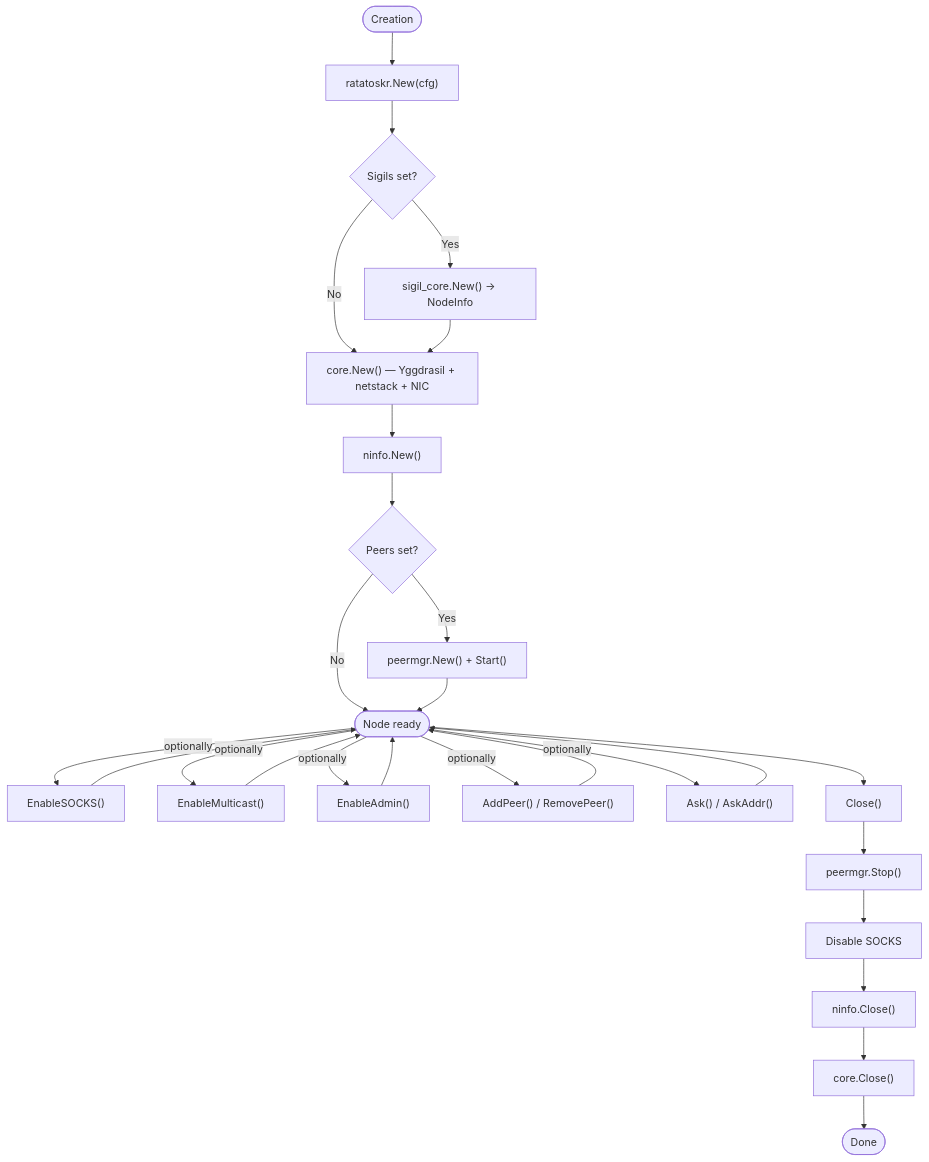
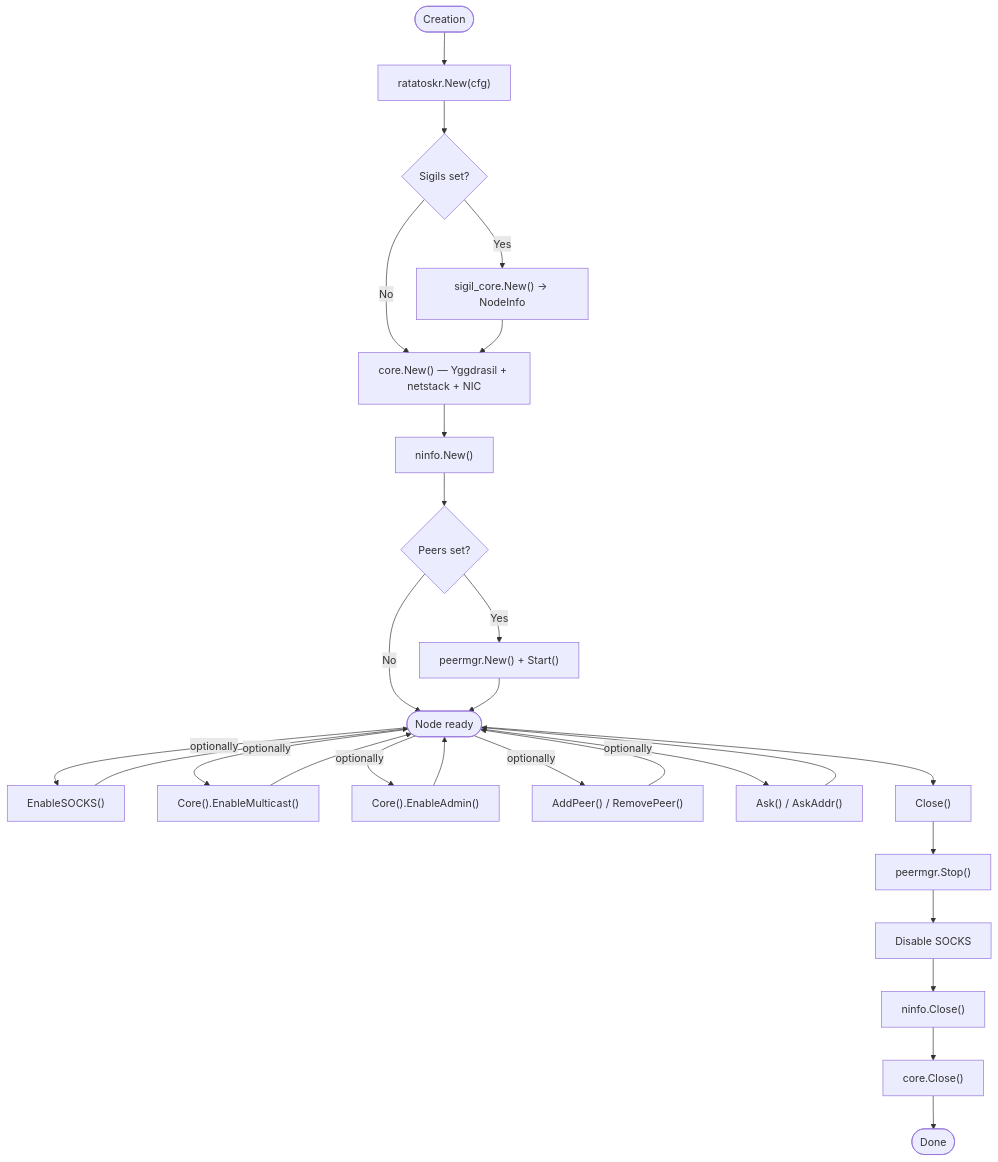
One commit to voluminor/ratatoskr changed the sixth of 6 diagrams in README.md. Above: the diagram before and after it, drawn with Mermaid. The commit also changed other lines of this file and 52 other files, not shown here.

````diff
--- a/README.md
+++ b/README.md
@@ -492,29 +494,29 @@
 ```mermaid
 flowchart TD
   START([Creation]) --> NEW["ratatoskr.New(cfg)"]
   NEW --> SG{Sigils set?}
   SG -->|Yes| SC["sigil_core.New() → NodeInfo"]
   SG -->|No| CORE
   SC --> CORE["core.New() — Yggdrasil + netstack + NIC"]
   CORE --> NI["ninfo.New()"]
   NI --> PM{Peers set?}
   PM -->|Yes| PMSTART["peermgr.New() + Start()"]
   PM -->|No| READY
   PMSTART --> READY([Node ready])
   READY -->|optionally| SOCKS["EnableSOCKS()"]
-  READY -->|optionally| MC["EnableMulticast()"]
-  READY -->|optionally| ADM["EnableAdmin()"]
+  READY -->|optionally| MC["Core().EnableMulticast()"]
+  READY -->|optionally| ADM["Core().EnableAdmin()"]
   READY -->|optionally| PEERS["AddPeer() / RemovePeer()"]
   READY -->|optionally| ASK["Ask() / AskAddr()"]
   SOCKS --> READY
   MC --> READY
   ADM --> READY
   PEERS --> READY
   ASK --> READY
   READY --> CLOSE["Close()"]
   CLOSE --> S1["peermgr.Stop()"]
   S1 --> S2["Disable SOCKS"]
   S2 --> S25["ninfo.Close()"]
   S25 --> S3["core.Close()"]
   S3 --> DONE([Done])
 ```
````
